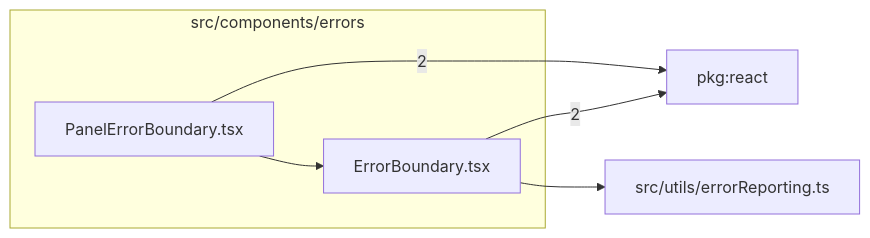
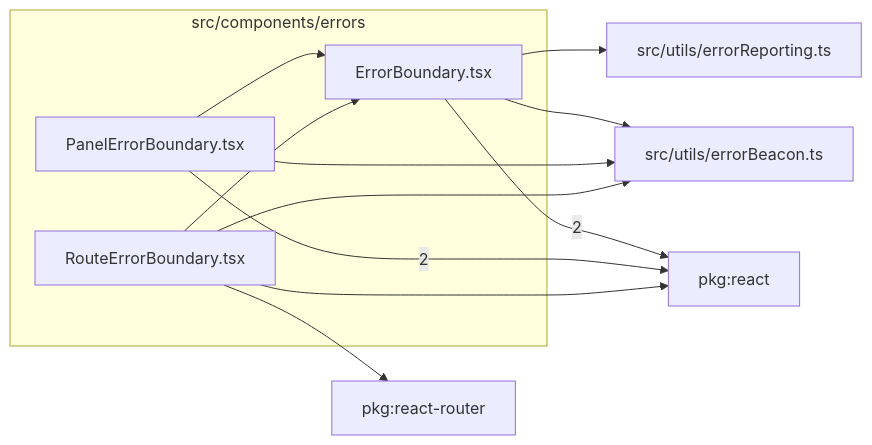
The diagram in src/components/errors/readme.md (ronbuening/LensVisualizer), drawn with Mermaid before and after one commit. The commit also changed other lines of this file and 38 other files, not shown here.

````diff
--- a/src/components/errors/readme.md
+++ b/src/components/errors/readme.md
@@ -9,13 +9,22 @@
 ```mermaid
 flowchart LR
   subgraph n_src_components_errors["src/components/errors"]
     n_src_components_errors_src_components_errors_ErrorBoundary_tsx["ErrorBoundary.tsx"]
     n_src_components_errors_src_components_errors_PanelErrorBoundary_tsx["PanelErrorBoundary.tsx"]
+    n_src_components_errors_src_components_errors_RouteErrorBoundary_tsx["RouteErrorBoundary.tsx"]
   end
   n_external_pkg_react["pkg:react"]
+  n_external_pkg_react_router["pkg:react-router"]
+  n_external_src_utils_errorBeacon_ts["src/utils/errorBeacon.ts"]
   n_external_src_utils_errorReporting_ts["src/utils/errorReporting.ts"]
   n_src_components_errors_src_components_errors_ErrorBoundary_tsx --> |2| n_external_pkg_react
   n_src_components_errors_src_components_errors_PanelErrorBoundary_tsx --> |2| n_external_pkg_react
+  n_src_components_errors_src_components_errors_RouteErrorBoundary_tsx --> n_external_pkg_react
+  n_src_components_errors_src_components_errors_RouteErrorBoundary_tsx --> n_external_pkg_react_router
+  n_src_components_errors_src_components_errors_ErrorBoundary_tsx --> n_external_src_utils_errorBeacon_ts
+  n_src_components_errors_src_components_errors_PanelErrorBoundary_tsx --> n_external_src_utils_errorBeacon_ts
+  n_src_components_errors_src_components_errors_RouteErrorBoundary_tsx --> n_external_src_utils_errorBeacon_ts
   n_src_components_errors_src_components_errors_ErrorBoundary_tsx --> n_external_src_utils_errorReporting_ts
   n_src_components_errors_src_components_errors_PanelErrorBoundary_tsx --> n_src_components_errors_src_components_errors_ErrorBoundary_tsx
+  n_src_components_errors_src_components_errors_RouteErrorBoundary_tsx --> n_src_components_errors_src_components_errors_ErrorBoundary_tsx
 ```
````
